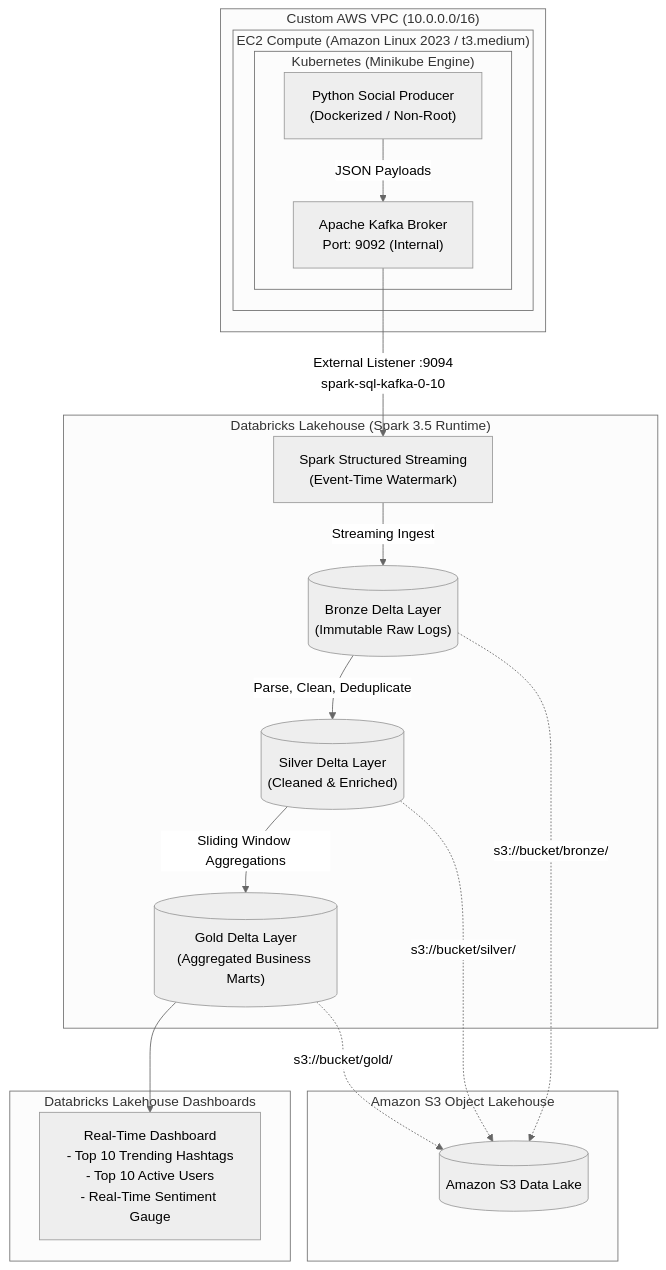
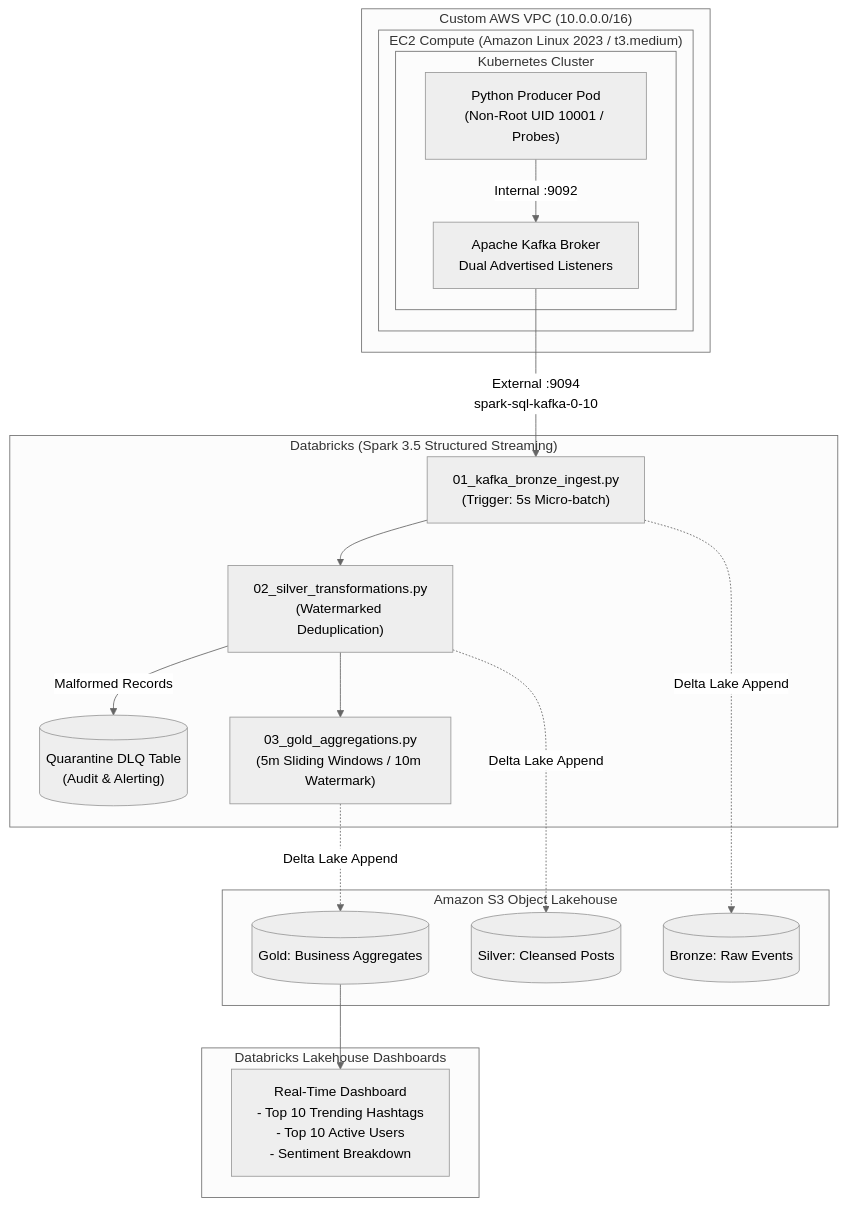
Before and after one commit to Yeshwanth-Kumar-H/real-time-social-media-lakehouse: the diagram in README.md, drawn with Mermaid (neutral theme). The commit also changed other lines of this file and 7 other files, not shown here.

Commit message:
fix(architecture): watermark dropDuplicates, scoped IAM S3 policy, true exponential backoff, DLQ quarantine, and K8s probes

````diff
--- a/README.md
+++ b/README.md
@@ -25,27 +30,27 @@
 ```mermaid
 flowchart TD
     subgraph AWS_VPC ["Custom AWS VPC (10.0.0.0/16)"]
         subgraph EC2_Node ["EC2 Compute (Amazon Linux 2023 / t3.medium)"]
-            subgraph K8s_Cluster ["Kubernetes (Minikube Engine)"]
-                PROD["Python Social Producer<br/>(Dockerized / Non-Root)"] -->|JSON Payloads| KAFKA["Apache Kafka Broker<br/>Port: 9092 (Internal)"]
+            subgraph K8s_Minikube ["Kubernetes Cluster"]
+                PROD["Python Producer Pod<br/>(Non-Root UID 10001 / Probes)"] -->|Internal :9092| KAFKA["Apache Kafka Broker<br/>Dual Advertised Listeners"]
             end
         end
     end
 
-    subgraph Databricks_Engine ["Databricks Lakehouse (Spark 3.5 Runtime)"]
-        KAFKA -->|External Listener :9094<br/>spark-sql-kafka-0-10| SPARK["Spark Structured Streaming<br/>(Event-Time Watermark)"]
-        SPARK -->|Streaming Ingest| B_DELTA[("Bronze Delta Layer<br/>(Immutable Raw Logs)")]
-        B_DELTA -->|Parse, Clean, Deduplicate| S_DELTA[("Silver Delta Layer<br/>(Cleaned & Enriched)")]
-        S_DELTA -->|Sliding Window Aggregations| G_DELTA[("Gold Delta Layer<br/>(Aggregated Business Marts)")]
+    subgraph Databricks_Engine ["Databricks (Spark 3.5 Structured Streaming)"]
+        KAFKA -->|External :9094<br/>spark-sql-kafka-0-10| B_INGEST["01_kafka_bronze_ingest.py<br/>(Trigger: 5s Micro-batch)"]
+        B_INGEST --> S_TRANS["02_silver_transformations.py<br/>(Watermarked Deduplication)"]
+        S_TRANS -->|Malformed Records| DLQ_TABLE[("Quarantine DLQ Table<br/>(Audit & Alerting)")]
+        S_TRANS --> G_AGGR["03_gold_aggregations.py<br/>(5m Sliding Windows / 10m Watermark)"]
     end
 
     subgraph S3_Storage ["Amazon S3 Object Lakehouse"]
-        B_DELTA -.->|s3://bucket/bronze/| S3_OBJ[("Amazon S3 Data Lake")]
-        S_DELTA -.->|s3://bucket/silver/| S3_OBJ
-        G_DELTA -.->|s3://bucket/gold/| S3_OBJ
+        B_INGEST -.->|Delta Lake Append| B_STORE[("Bronze: Raw Events")]
+        S_TRANS -.->|Delta Lake Append| S_STORE[("Silver: Cleansed Posts")]
+        G_AGGR -.->|Delta Lake Append| G_STORE[("Gold: Business Aggregates")]
     end
 
     subgraph Lakehouse_BI ["Databricks Lakehouse Dashboards"]
-        G_DELTA --> DASH["Real-Time Dashboard<br/>- Top 10 Trending Hashtags<br/>- Top 10 Active Users<br/>- Real-Time Sentiment Gauge"]
+        G_STORE --> DASH["Real-Time Dashboard<br/>- Top 10 Trending Hashtags<br/>- Top 10 Active Users<br/>- Sentiment Breakdown"]
     end
 ```
````
